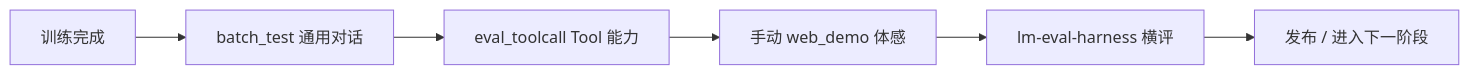
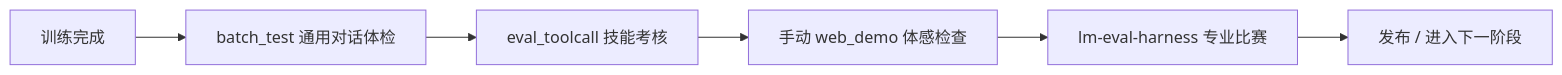
One commit to Leavesfly/minimind changed the diagram in docs/13-evaluation.md. Above: the diagram before and after it, drawn with Mermaid. The commit also changed other lines of this file and 16 other files, not shown here.

````diff
--- a/docs/13-evaluation.md
+++ b/docs/13-evaluation.md
@@ -171,8 +183,8 @@
 ```mermaid
 flowchart LR
-    A[训练完成] --> B[batch_test 通用对话]
-    B --> C[eval_toolcall Tool 能力]
-    C --> D[手动 web_demo 体感]
-    D --> E[lm-eval-harness 横评]
+    A[训练完成] --> B[batch_test 通用对话体检]
+    B --> C[eval_toolcall 技能考核]
+    C --> D[手动 web_demo 体感检查]
+    D --> E[lm-eval-harness 专业比赛]
     E --> F[发布 / 进入下一阶段]
 ```
````
